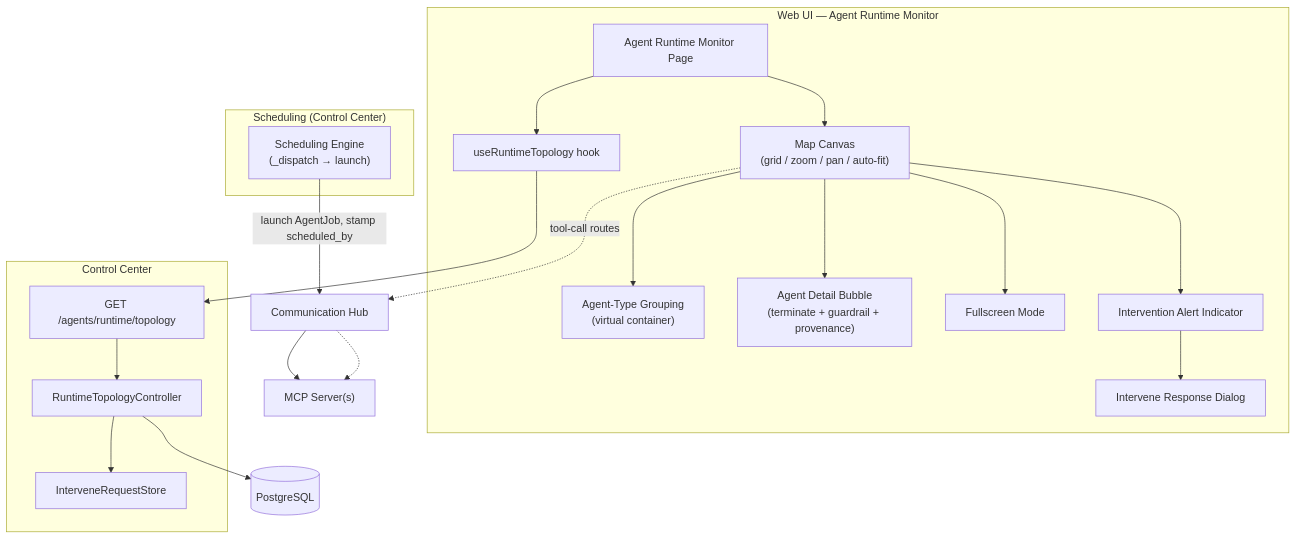
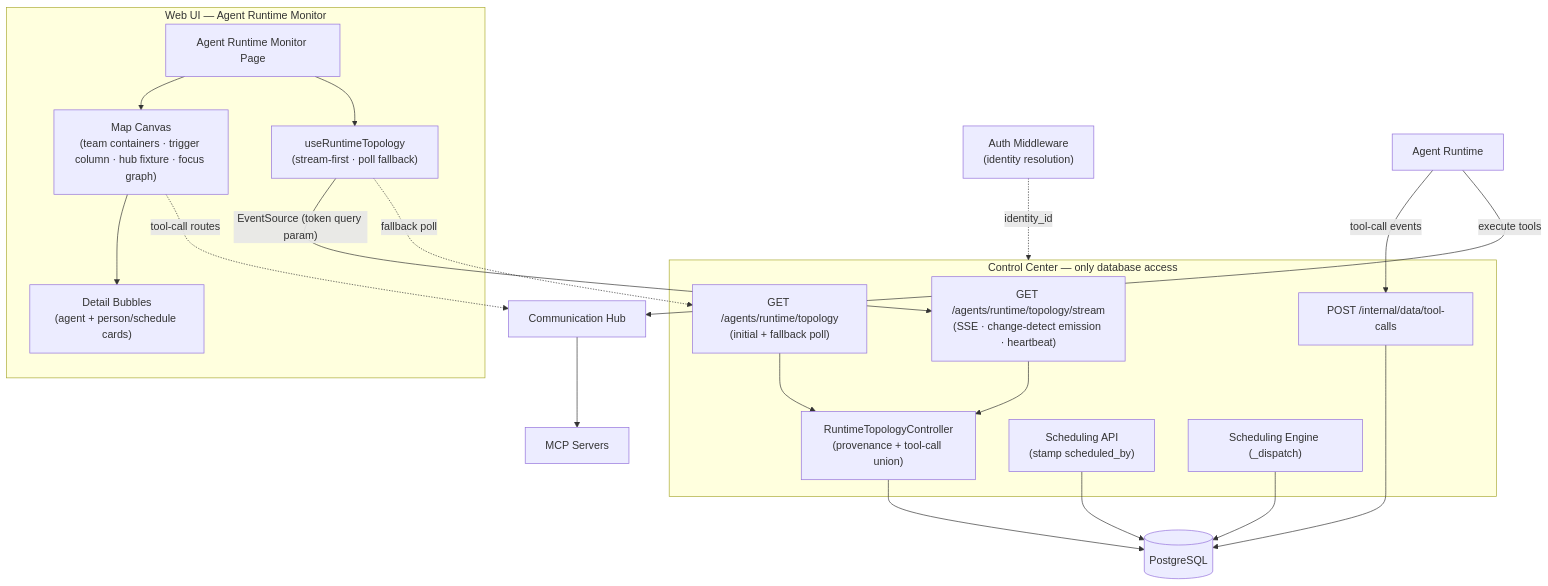
Before and after one commit to hurungang/parthenon: the first of 2 diagrams in docs/changes/agent-runtime-monitor/architecture.md, drawn with Mermaid. The commit also changed other lines of this file and 36 other files, not shown here.

````diff
--- a/docs/changes/agent-runtime-monitor/architecture.md
+++ b/docs/changes/agent-runtime-monitor/architecture.md
@@ -38,40 +48,39 @@
 ```mermaid
 flowchart TB
     subgraph FE["Web UI — Agent Runtime Monitor"]
         Page["Agent Runtime Monitor Page"]
-        Map["Map Canvas<br/>(grid / zoom / pan / auto-fit)"]
-        Group["Agent-Type Grouping<br/>(virtual container)"]
-        Bubble["Agent Detail Bubble<br/>(terminate + guardrail + provenance)"]
-        Fullscreen["Fullscreen Mode"]
-        AlertIcon["Intervention Alert Indicator"]
-        Dialog["Intervene Response Dialog"]
-        Hook["useRuntimeTopology hook"]
+        Map["Map Canvas<br/>(team containers · trigger column · hub fixture · focus graph)"]
+        Bubble["Detail Bubbles<br/>(agent + person/schedule cards)"]
+        Hook["useRuntimeTopology<br/>(stream-first · poll fallback)"]
     end
-    subgraph CC["Control Center"]
-        Endpoint["GET /agents/runtime/topology"]
-        Controller["RuntimeTopologyController"]
-        Store["InterveneRequestStore"]
+    subgraph CC["Control Center — only database access"]
+        Stream["GET /agents/runtime/topology/stream<br/>(SSE · change-detect emission · heartbeat)"]
+        Endpoint["GET /agents/runtime/topology<br/>(initial + fallback poll)"]
+        ToolCalls["POST /internal/data/tool-calls"]
+        Controller["RuntimeTopologyController<br/>(provenance + tool-call union)"]
+        SchedAPI["Scheduling API<br/>(stamp scheduled_by)"]
+        Engine["Scheduling Engine (_dispatch)"]
     end
-    subgraph Sched["Scheduling (Control Center)"]
-        Engine["Scheduling Engine<br/>(_dispatch → launch)"]
-    end
+    Auth["Auth Middleware<br/>(identity resolution)"]
+    AR["Agent Runtime"]
     CH["Communication Hub"]
-    MCP["MCP Server(s)"]
+    MCP["MCP Servers"]
     DB[("PostgreSQL")]
 
+    Auth -.->|identity_id| CC
     Page --> Map
-    Map --> Group
     Map --> Bubble
-    Map --> Fullscreen
-    Map --> AlertIcon
-    AlertIcon --> Dialog
     Page --> Hook
-    Hook --> Endpoint
+    Hook -->|"EventSource (token query param)"| Stream
+    Hook -.->|"fallback poll"| Endpoint
+    Stream --> Controller
     Endpoint --> Controller
-    Controller --> Store
+    AR -->|tool-call events| ToolCalls
     Controller --> DB
-    Engine -->|launch AgentJob, stamp scheduled_by| CH
+    ToolCalls --> DB
+    SchedAPI --> DB
+    Engine --> DB
+    AR -->|execute tools| CH
     CH --> MCP
     Map -. tool-call routes .-> CH
-    CH -.-> MCP
 ```
````
